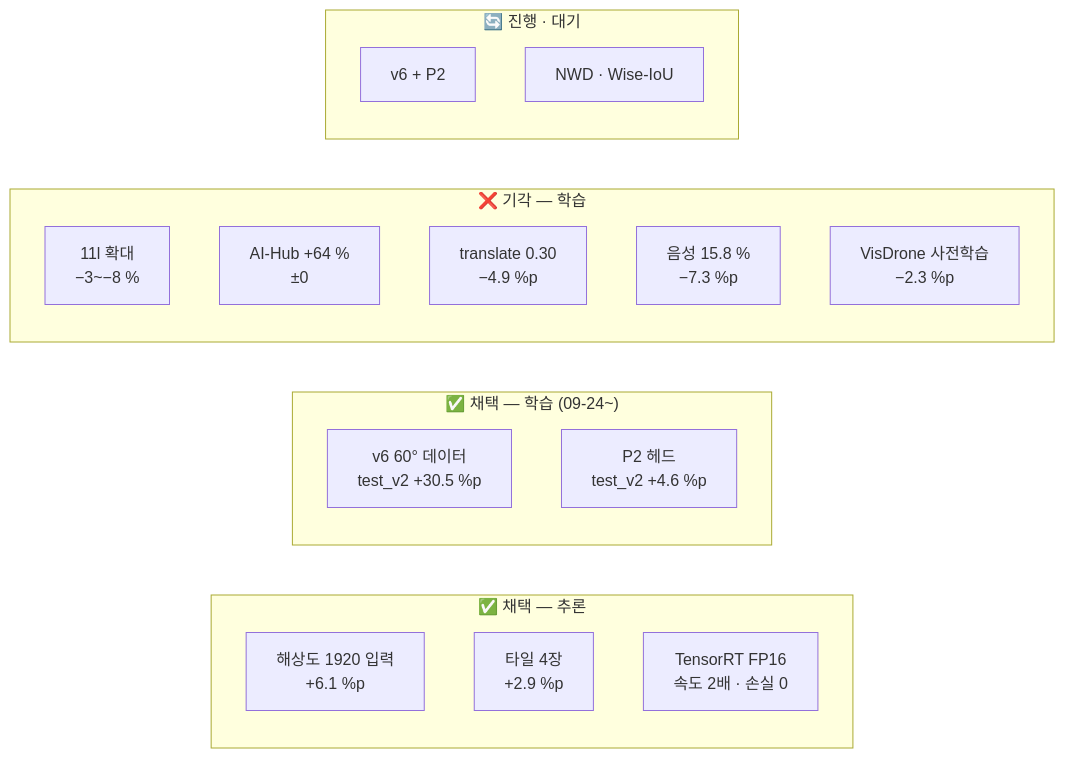
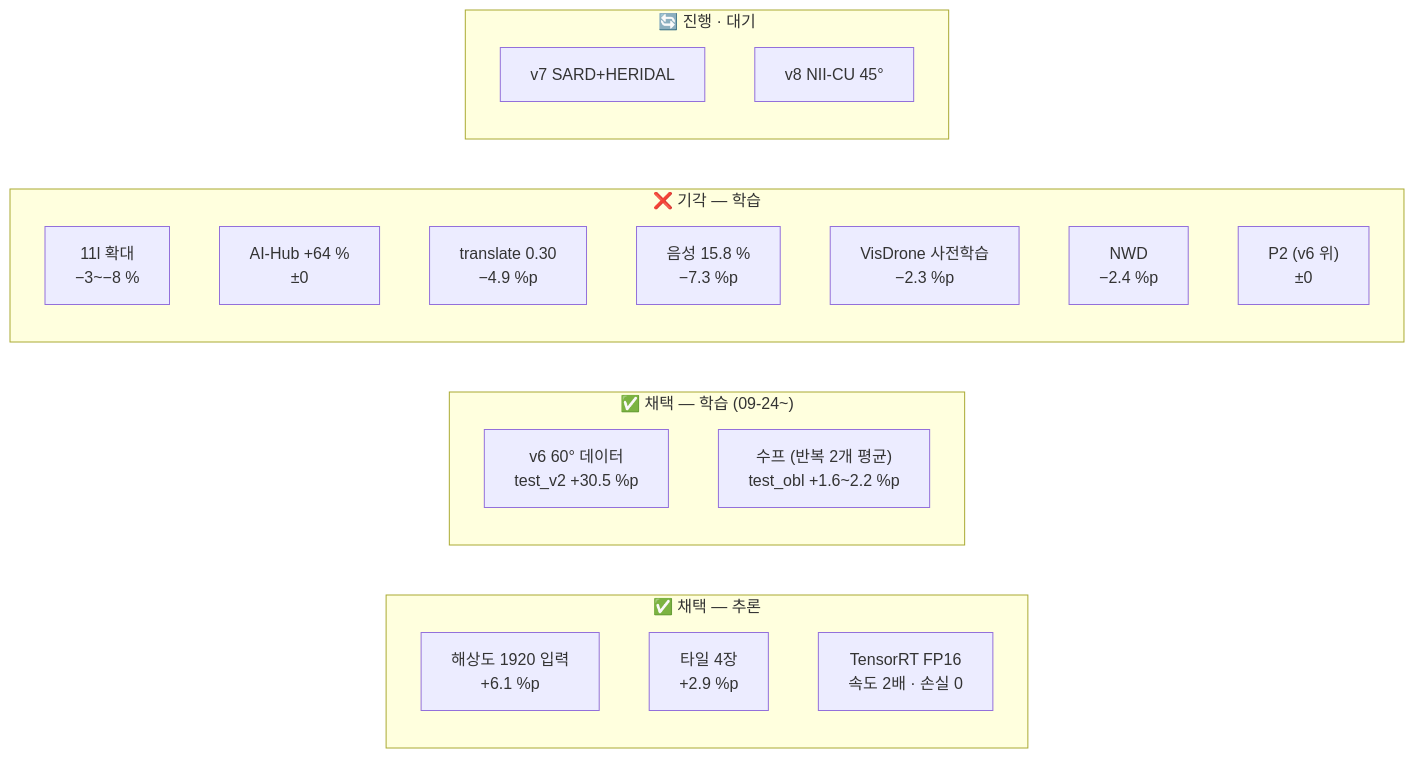
Before and after one commit to tim9985/Capstone: the diagram in obsidian/04 실험/_실험 색인.md, drawn with Mermaid. The commit also changed other lines of this file and 48 other files, not shown here.

First line of the commit message:
NWD·P2 원인 분석 · 가중치 평균(수프) · 새 학습 계획 · test_obl 옛 수치 정정

````diff
--- a/obsidian/04 실험/_실험 색인.md
+++ b/obsidian/04 실험/_실험 색인.md
@@ -12,23 +12,25 @@
 ```mermaid
 flowchart LR
     subgraph OK["✅ 채택 — 추론"]
         T1["해상도 1920 입력<br/>+6.1 %p"]
         T2["타일 4장<br/>+2.9 %p"]
         T3["TensorRT FP16<br/>속도 2배 · 손실 0"]
     end
     subgraph OK2["✅ 채택 — 학습 (09-24~)"]
         W1["v6 60° 데이터<br/>test_v2 +30.5 %p"]
-        W2["P2 헤드<br/>test_v2 +4.6 %p"]
+        W2["수프 (반복 2개 평균)<br/>test_obl +1.6~2.2 %p"]
     end
     subgraph NG["❌ 기각 — 학습"]
         N1["11l 확대<br/>−3~−8 %"]
         N2["AI-Hub +64 %<br/>±0"]
         N3["translate 0.30<br/>−4.9 %p"]
         N4["음성 15.8 %<br/>−7.3 %p"]
         N5["VisDrone 사전학습<br/>−2.3 %p"]
+        N6["NWD<br/>−2.4 %p"]
+        N7["P2 (v6 위)<br/>±0"]
     end
     subgraph RUN["🔄 진행 · 대기"]
-        R1["v6 + P2"]
-        R3["NWD · Wise-IoU"]
+        R1["v7 SARD+HERIDAL"]
+        R3["v8 NII-CU 45°"]
     end
 ```
````
